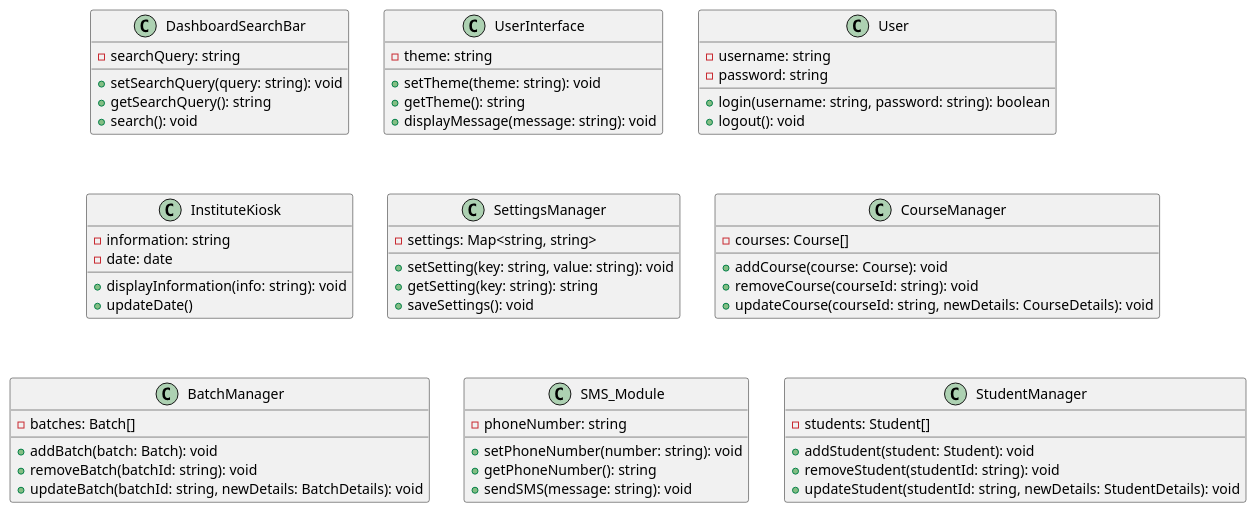
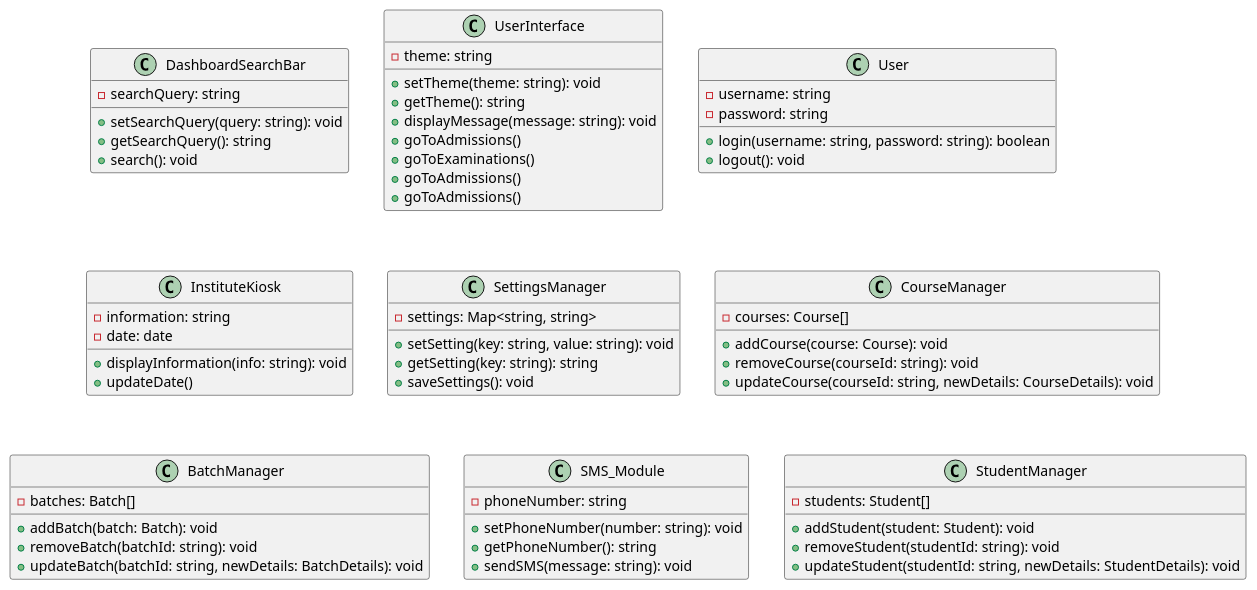
Before and after one commit to anshium/DASS-Assignment-3-IMS-System-Design: the diagram in dashboard.plantuml, drawn with PlantUML. The commit also changed 1 other file, not shown here.

```diff
--- a/dashboard.plantuml
+++ b/dashboard.plantuml
@@ -1,75 +1,79 @@
 @startuml dashboard
 
 class DashboardSearchBar {
     - searchQuery: string
     + setSearchQuery(query: string): void
     + getSearchQuery(): string
     + search(): void
 }
 
 class UserInterface {
     - theme: string
     + setTheme(theme: string): void
     + getTheme(): string
     + displayMessage(message: string): void
+	+ goToAdmissions()
+	+ goToExaminations()
+	+ goToAdmissions()
+	+ goToAdmissions()
 }
 
 class User {
     - username: string
     - password: string
     + login(username: string, password: string): boolean
     + logout(): void
 }
 
 class InstituteKiosk {
 	- information: string
 	- date: date
     + displayInformation(info: string): void
 	+ updateDate()
 }
 
 class SettingsManager {
     - settings: Map<string, string>
     + setSetting(key: string, value: string): void
     + getSetting(key: string): string
     + saveSettings(): void
 }
 
 class CourseManager {
     - courses: Course[]
     + addCourse(course: Course): void
     + removeCourse(courseId: string): void
     + updateCourse(courseId: string, newDetails: CourseDetails): void
 }
 
 class BatchManager {
     - batches: Batch[]
     + addBatch(batch: Batch): void
     + removeBatch(batchId: string): void
     + updateBatch(batchId: string, newDetails: BatchDetails): void
 }
 
 class SMS_Module {
     - phoneNumber: string
     + setPhoneNumber(number: string): void
     + getPhoneNumber(): string
     + sendSMS(message: string): void
 }
 
 class StudentManager {
     - students: Student[]
     + addStudent(student: Student): void
     + removeStudent(studentId: string): void
     + updateStudent(studentId: string, newDetails: StudentDetails): void
 	'Student categories need to be added'
 }
 
 ' DashboardSearchBar -- UserInterface
 ' UserInterface -- User
 ' User -- InstituteKiosk
 ' SettingsManager -- UserInterface
 ' CourseManager -- BatchManager
 ' SMS_Module -- UserInterface
 ' StudentManager -- CourseManager
 
 @enduml
```
